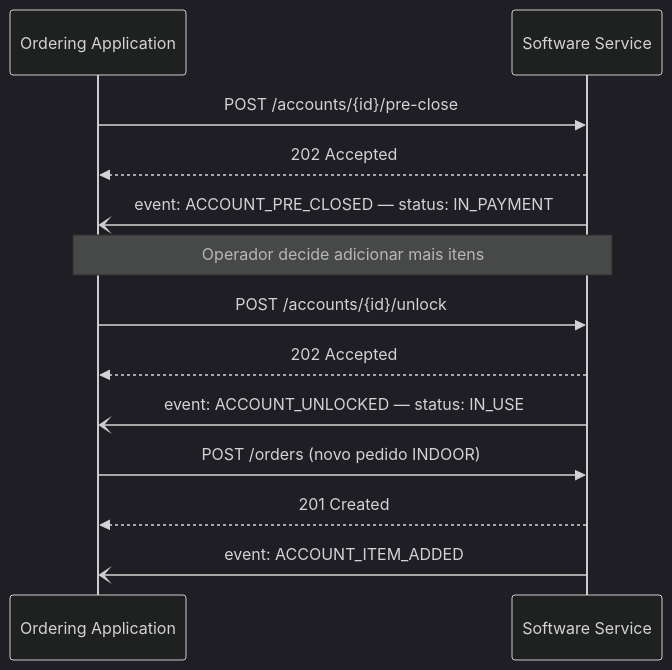
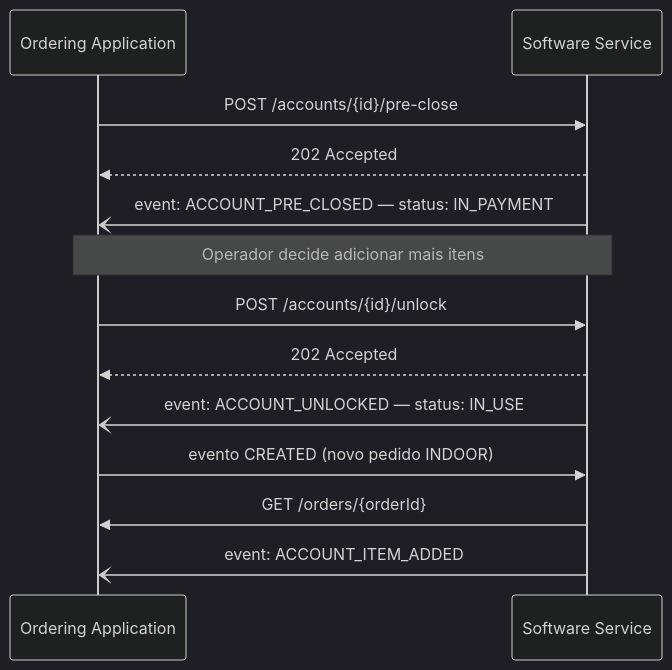
The third of 7 diagrams in docs/protocol/indoor.md (Abrasel-Nacional/opendelivery-v2), drawn with Mermaid (dark theme) before and after one commit. The commit also changed other lines of this file and 230 other files, not shown here.

````diff
--- a/docs/protocol/indoor.md
+++ b/docs/protocol/indoor.md
@@ -301,18 +372,18 @@
 ```mermaid
 sequenceDiagram
-    participant OA as Ordering Application
-    participant SS as Software Service
+ participant OA as Ordering Application
+ participant SS as Software Service
 
-    OA->>SS: POST /accounts/{id}/pre-close
-    SS-->>OA: 202 Accepted
-    SS-)OA: event: ACCOUNT_PRE_CLOSED — status: IN_PAYMENT
+ OA->>SS: POST /accounts/{id}/pre-close
+ SS-->>OA: 202 Accepted
+ SS-)OA: event: ACCOUNT_PRE_CLOSED — status: IN_PAYMENT
 
-    Note over OA,SS: Operador decide adicionar mais itens
-    OA->>SS: POST /accounts/{id}/unlock
-    SS-->>OA: 202 Accepted
-    SS-)OA: event: ACCOUNT_UNLOCKED — status: IN_USE
+ Note over OA,SS: Operador decide adicionar mais itens
+ OA->>SS: POST /accounts/{id}/unlock
+ SS-->>OA: 202 Accepted
+ SS-)OA: event: ACCOUNT_UNLOCKED — status: IN_USE
 
-    OA->>SS: POST /orders (novo pedido INDOOR)
-    SS-->>OA: 201 Created
-    SS-)OA: event: ACCOUNT_ITEM_ADDED
+ OA->>SS: evento CREATED (novo pedido INDOOR)
+ SS->>OA: GET /orders/{orderId}
+ SS-)OA: event: ACCOUNT_ITEM_ADDED
 ```
````
